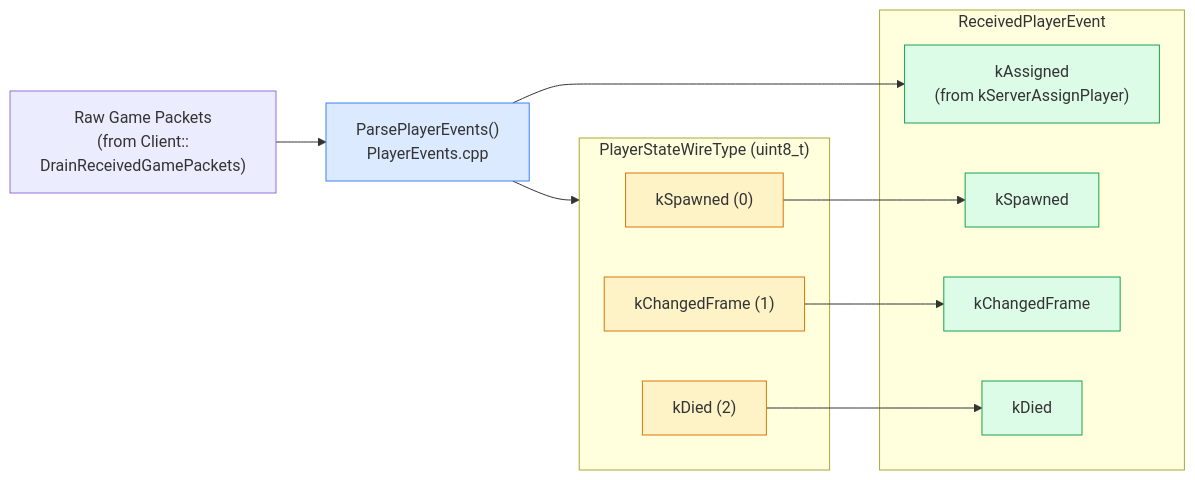
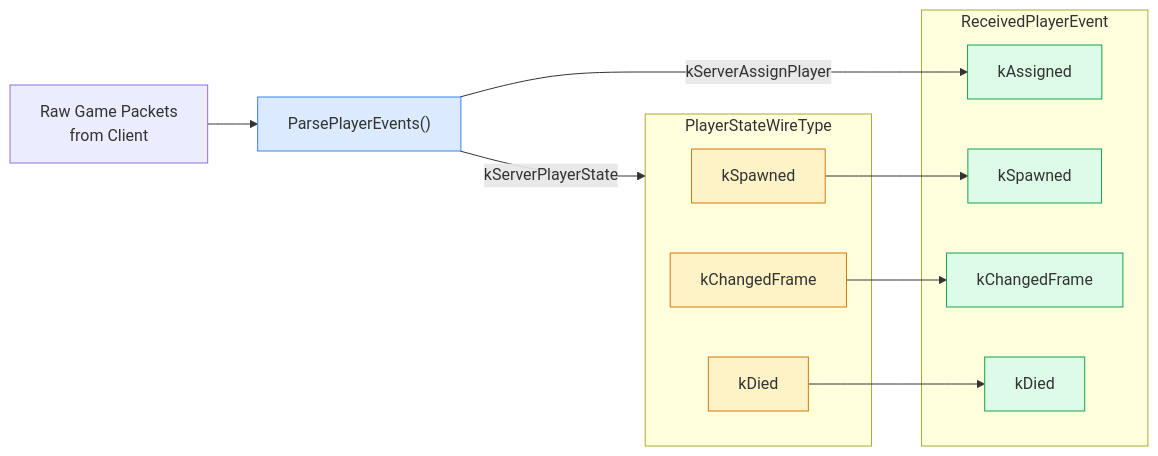
The sixth of 6 diagrams in Documents/Architecture/GameReconciliation.md (DougTanner/BrokenEnginePublic), drawn with Mermaid before and after one commit. The commit also changed other lines of this file and 66 other files, not shown here.

````diff
--- a/Documents/Architecture/GameReconciliation.md
+++ b/Documents/Architecture/GameReconciliation.md
@@ -214,31 +197,31 @@
 ```mermaid
 %%{init: {'theme': 'default'}}%%
 flowchart LR
     classDef wire fill:#fef3c7,stroke:#d97706
     classDef event fill:#dcfce7,stroke:#16a34a
     classDef func fill:#dbeafe,stroke:#3b82f6
 
-    RAW["Raw Game Packets<br/>(from Client::<br/>DrainReceivedGamePackets)"]
-    PARSE["ParsePlayerEvents()<br/>PlayerEvents.cpp"]:::func
+    RAW["Raw Game Packets<br/>from Client"]
+    PARSE["ParsePlayerEvents()"]:::func
 
     RAW --> PARSE
 
-    subgraph wire_types ["PlayerStateWireType (uint8_t)"]
-        W0["kSpawned (0)"]:::wire
-        W1["kChangedFrame (1)"]:::wire
-        W2["kDied (2)"]:::wire
+    subgraph wire_types ["PlayerStateWireType"]
+        W0["kSpawned"]:::wire
+        W1["kChangedFrame"]:::wire
+        W2["kDied"]:::wire
     end
 
     subgraph event_types ["ReceivedPlayerEvent"]
-        E0["kAssigned<br/>(from kServerAssignPlayer)"]:::event
+        E0["kAssigned"]:::event
         E1["kSpawned"]:::event
         E2["kChangedFrame"]:::event
         E3["kDied"]:::event
     end
 
-    PARSE --> E0
-    PARSE --> wire_types
+    PARSE -->|"kServerAssignPlayer"| E0
+    PARSE -->|"kServerPlayerState"| wire_types
     W0 --> E1
     W1 --> E2
     W2 --> E3
 ```
````
